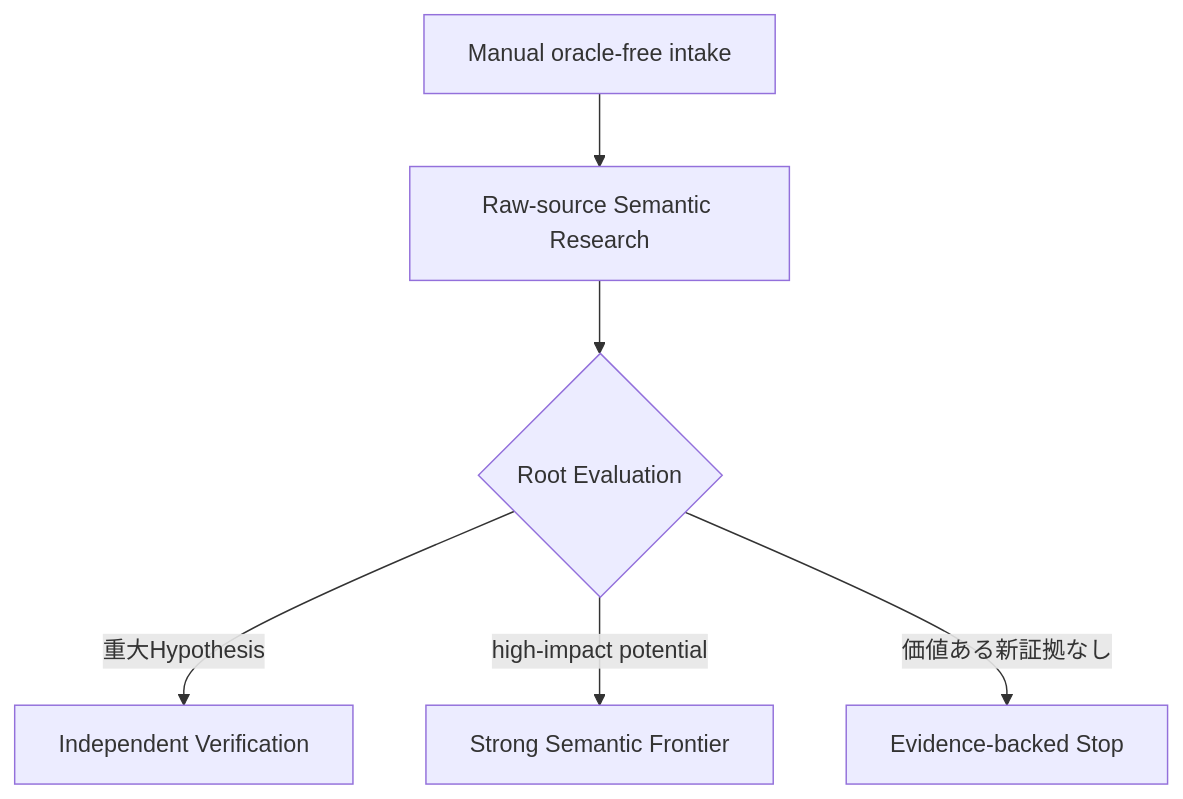
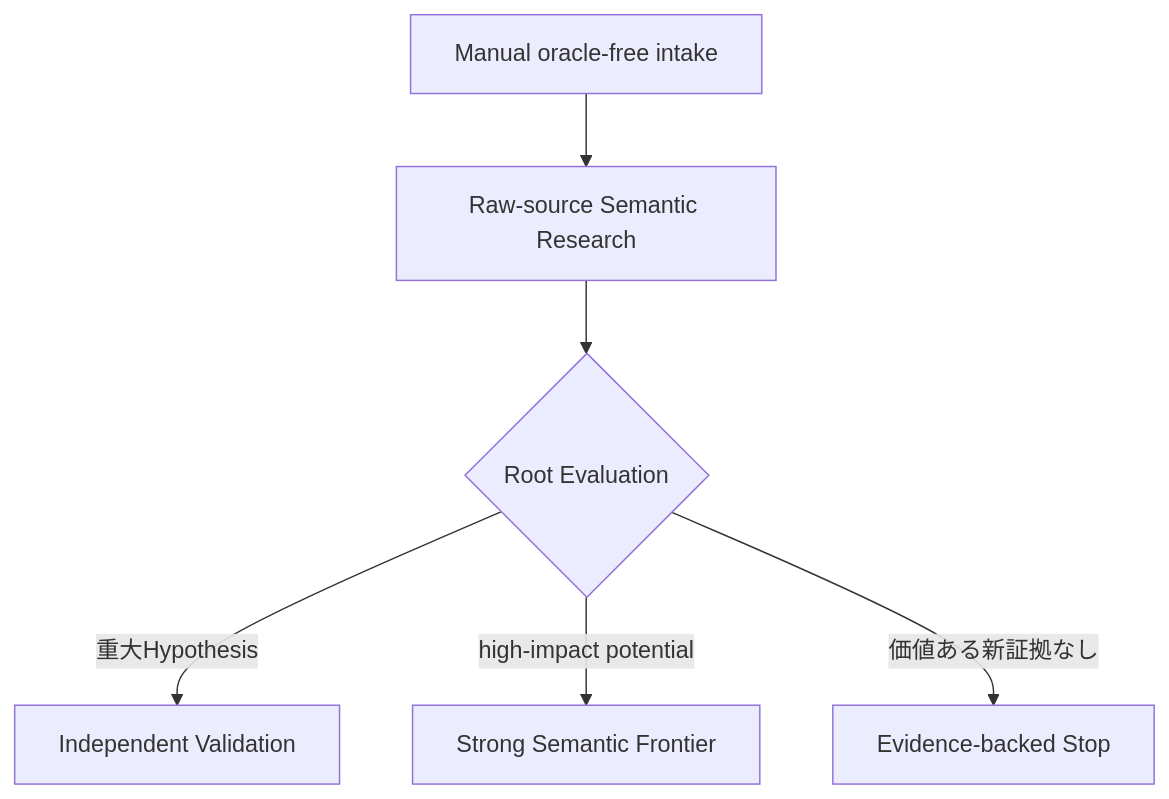
One commit to momoponwork1415-lgtm/wordpress-harness changed the third of 8 diagrams in docs/design/roadmap.md. Above: the diagram before and after it, drawn with Mermaid. The commit also changed other lines of this file and 25 other files, not shown here.

Commit message:
Define source validation and human verification

````diff
--- a/docs/design/roadmap.md
+++ b/docs/design/roadmap.md
@@ -46,14 +46,14 @@
 ```mermaid
 flowchart TB
     intake["Manual oracle-free intake"]
     semantic["Raw-source Semantic Research"]
     decision{"Root Evaluation"}
-    verify["Independent Verification"]
+    validate["Independent Validation"]
     frontier["Strong Semantic Frontier"]
     stop["Evidence-backed Stop"]
 
     intake --> semantic --> decision
-    decision -->|"重大Hypothesis"| verify
+    decision -->|"重大Hypothesis"| validate
     decision -->|"high-impact potential"| frontier
     decision -->|"価値ある新証拠なし"| stop
 ```
````
